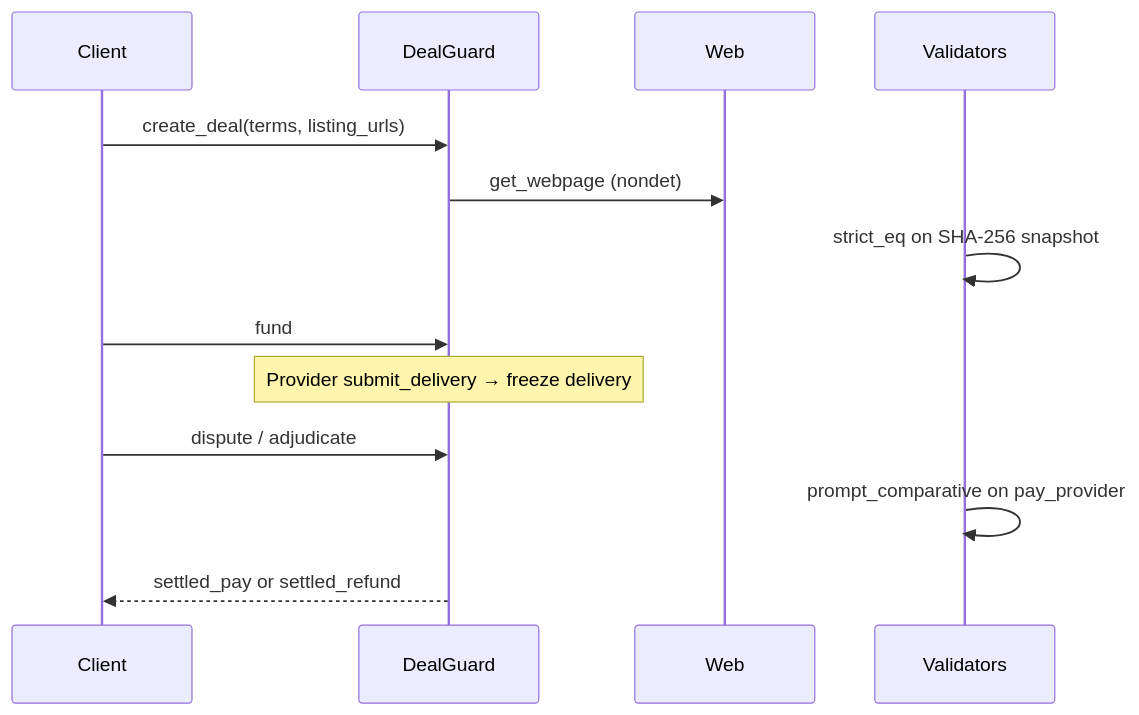
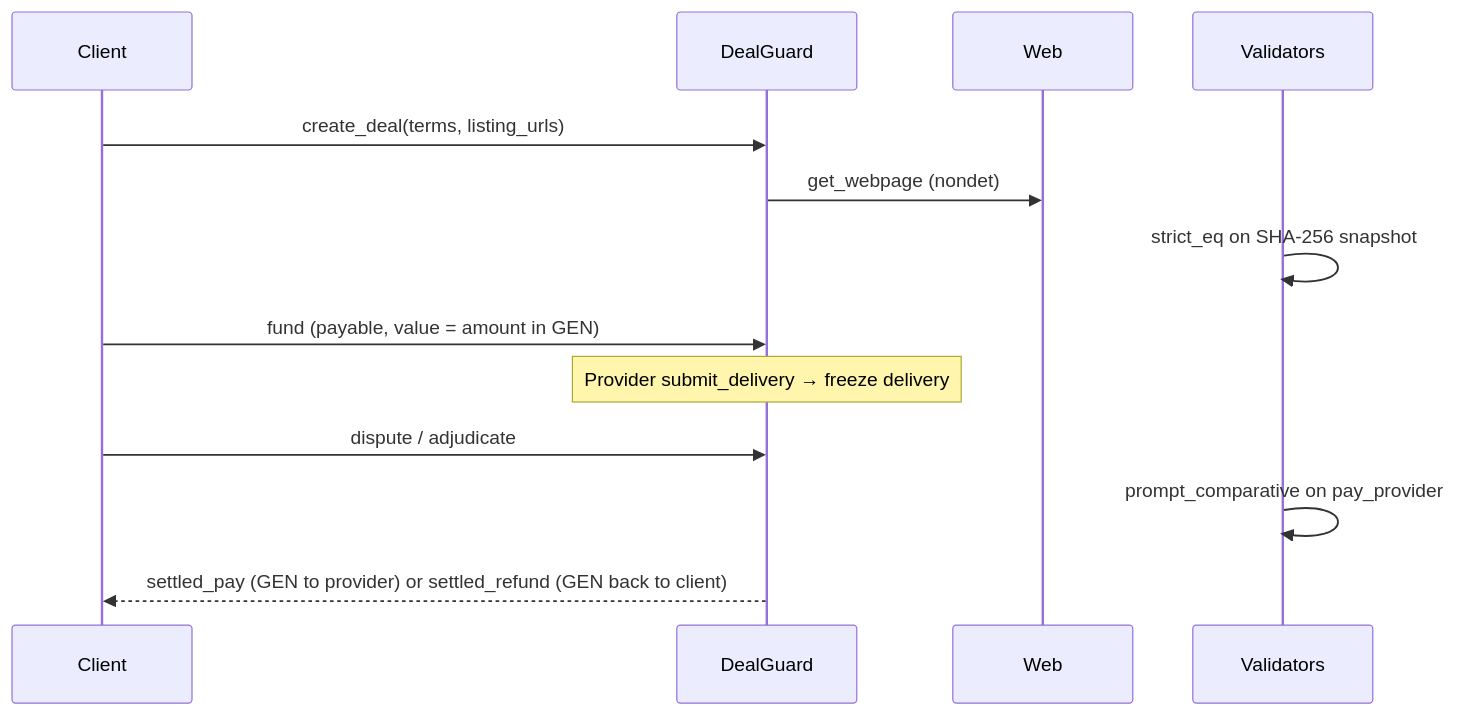
Before and after one commit to valentinzubok/DealGuard: the diagram in README.md, drawn with Mermaid. The commit also changed other lines of this file and 23 other files, not shown here.

````diff
--- a/README.md
+++ b/README.md
@@ -52,16 +53,16 @@
 ```mermaid
 sequenceDiagram
   participant Client
   participant DealGuard
   participant Web
   participant V as Validators
 
   Client->>DealGuard: create_deal(terms, listing_urls)
   DealGuard->>Web: get_webpage (nondet)
   V->>V: strict_eq on SHA-256 snapshot
-  Client->>DealGuard: fund
+  Client->>DealGuard: fund (payable, value = amount in GEN)
   Note over DealGuard: Provider submit_delivery → freeze delivery
   Client->>DealGuard: dispute / adjudicate
   V->>V: prompt_comparative on pay_provider
-  DealGuard-->>Client: settled_pay or settled_refund
+  DealGuard-->>Client: settled_pay (GEN to provider) or settled_refund (GEN back to client)
 ```
````
